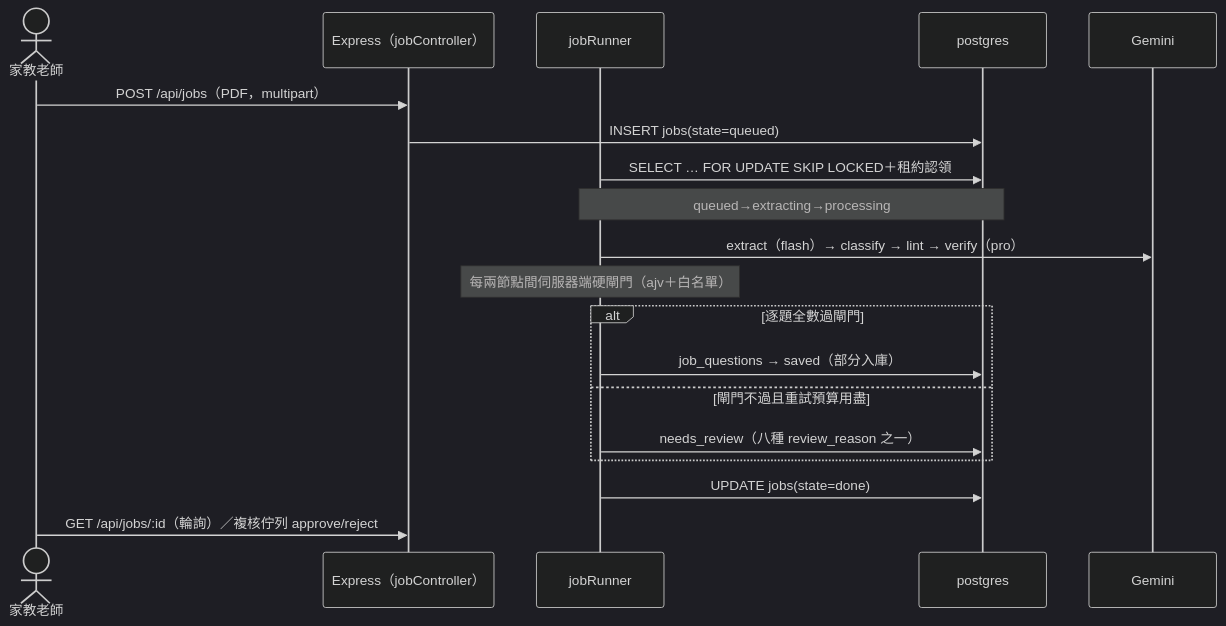
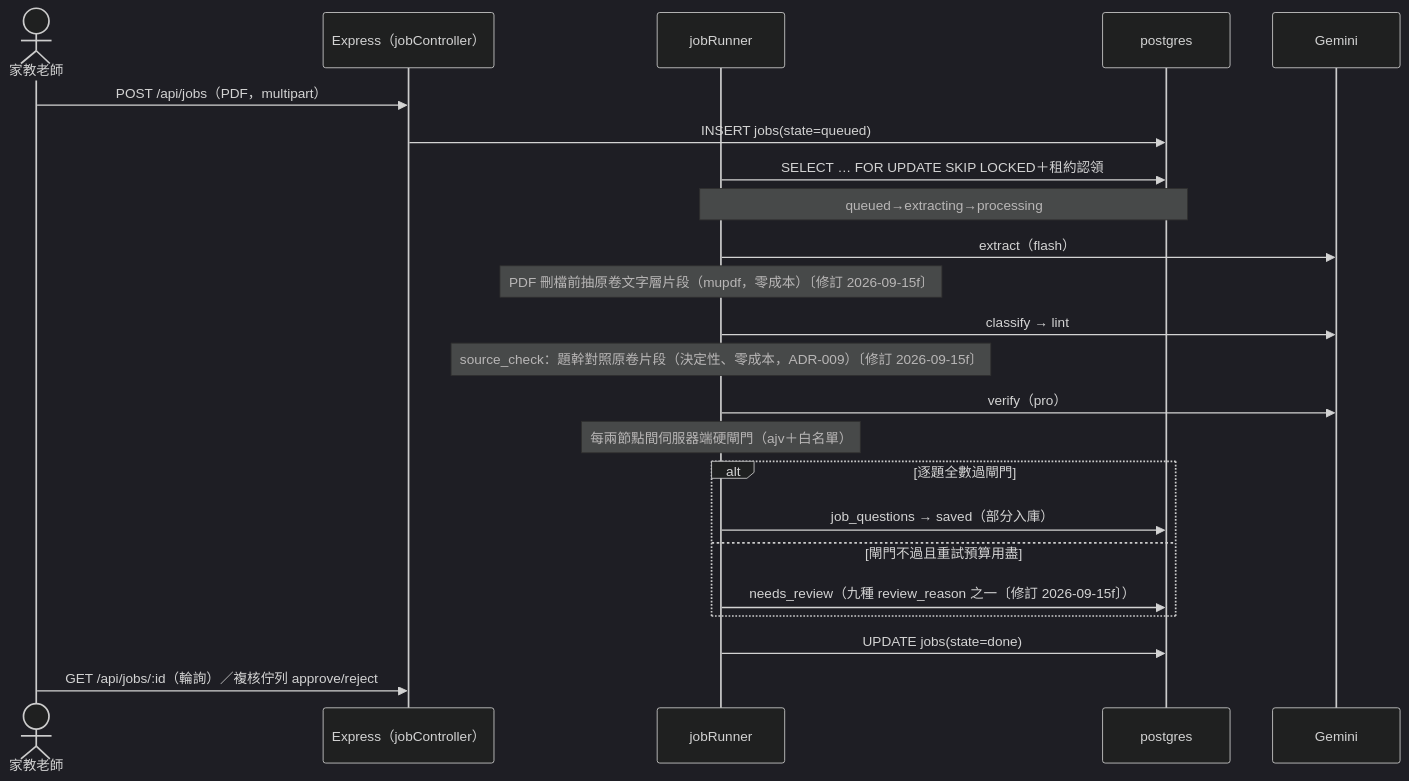
One commit to Tom-Yang-Ben/tutor-exam-bank changed the second of 2 diagrams in engineering_docs/03_architecture/sad.md. Above: the diagram before and after it, drawn with Mermaid (dark theme). The commit also changed other lines of this file and 20 other files, not shown here.

First line of the commit message:
docs(source-check): 同步原卷文字層比對的介面、工程文件與校準紀錄

````diff
--- a/engineering_docs/03_architecture/sad.md
+++ b/engineering_docs/03_architecture/sad.md
@@ -122,21 +123,25 @@
 ```mermaid
 sequenceDiagram
     actor T as 家教老師
     participant API as Express（jobController）
     participant R as jobRunner
     participant PG as postgres
     participant G as Gemini
     T->>API: POST /api/jobs（PDF，multipart）
     API->>PG: INSERT jobs(state=queued)
     R->>PG: SELECT … FOR UPDATE SKIP LOCKED＋租約認領
     Note over R,PG: queued→extracting→processing
-    R->>G: extract（flash）→ classify → lint → verify（pro）
+    R->>G: extract（flash）
+    Note over R: PDF 刪檔前抽原卷文字層片段（mupdf，零成本）〔修訂 2026-09-15f〕
+    R->>G: classify → lint
+    Note over R: source_check：題幹對照原卷片段（決定性、零成本，ADR-009）〔修訂 2026-09-15f〕
+    R->>G: verify（pro）
     Note over R: 每兩節點間伺服器端硬閘門（ajv＋白名單）
     alt 逐題全數過閘門
         R->>PG: job_questions → saved（部分入庫）
     else 閘門不過且重試預算用盡
-        R->>PG: needs_review（八種 review_reason 之一）
+        R->>PG: needs_review（九種 review_reason 之一〔修訂 2026-09-15f〕）
     end
     R->>PG: UPDATE jobs(state=done)
     T->>API: GET /api/jobs/:id（輪詢）／複核佇列 approve/reject
 ```
````
